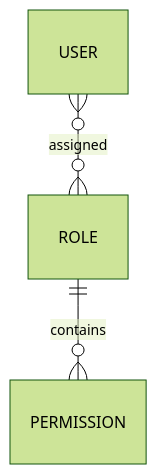
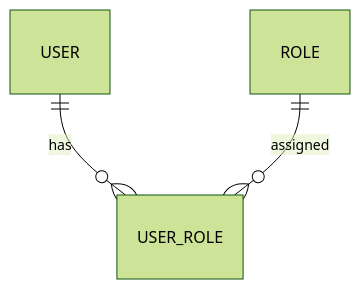
The seventh of 30 diagrams in docs/050_BaseDatos.md (chirijose79-ui/Chiri), drawn with Mermaid (forest theme) before and after one commit. The commit also changed other lines of this file, not shown here.

Commit message:
docs(database): finalize PostgreSQL architecture

````diff
--- a/docs/050_BaseDatos.md
+++ b/docs/050_BaseDatos.md
@@ -865,7 +1041,7 @@
 ```mermaid
 erDiagram
 
-    ROLE ||--o{ PERMISSION : contains
+    USER ||--o{ USER_ROLE : has
 
-    USER }o--o{ ROLE : assigned
+    ROLE ||--o{ USER_ROLE : assigned
 ```
````
